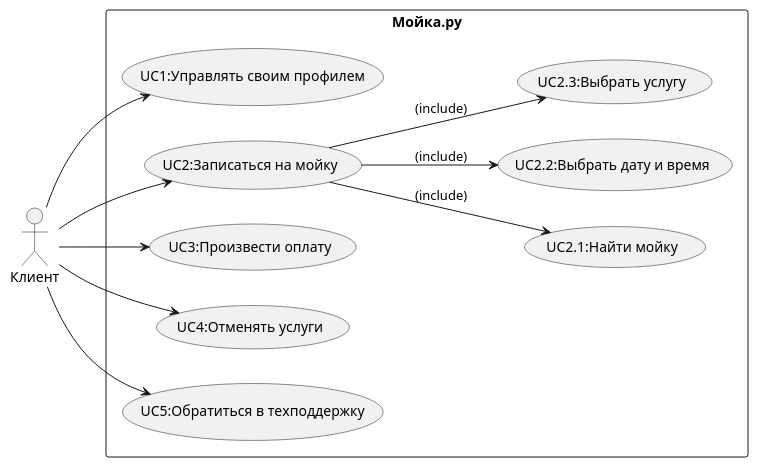
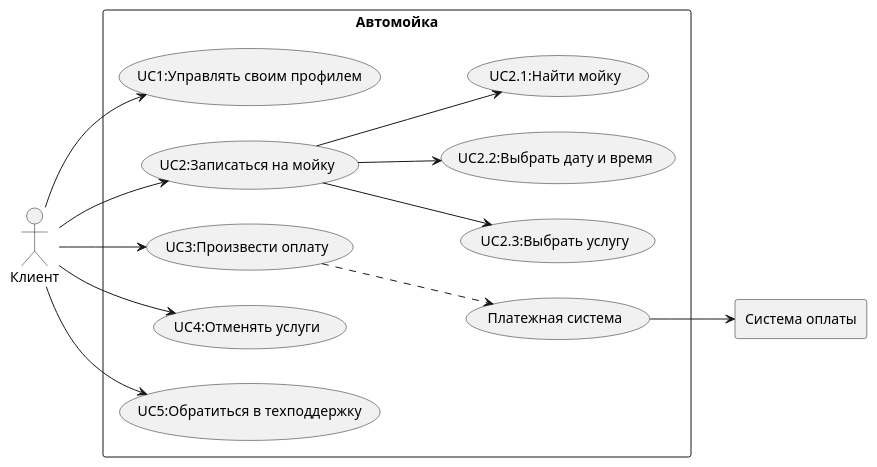
The diagram in UserCase.md (MaximOdichal/IIS2), drawn with PlantUML before and after one commit.

````diff
--- a/UserCase.md
+++ b/UserCase.md
@@ -31,28 +31,29 @@
 ```plantuml
 
 @startuml
-left to right direction
-actor "Клиент" as client
-
-rectangle  Мойка.ру  {
-  usecase "UC1:Управлять своим профилем" as UC1
-  usecase "UC2:Записаться на мойку" as UC2
-  usecase "UC2.1:Найти мойку" as UC2.1
-  usecase "UC2.2:Выбрать дату и время" as UC2.2
-  usecase "UC2.3:Выбрать услугу" as UC2.3
-  usecase "UC3:Произвести оплату" as UC3
-  usecase "UC4:Отменять услуги" as UC4
-  usecase "UC5:Обратиться в техподдержку" as UC5
-  
-}
-client --> UC1
-client --> UC2
-UC2 --> UC2.1:(include)
-UC2 --> UC2.2:(include)
-UC2 --> UC2.3:(include)
-client --> UC3
-client --> UC4
-client --> UC5
-
-@enduml
+    left to right direction
+    actor "Клиент" as client
+    rectangle "Система оплаты" as r1
+    rectangle "Автомойка" {
+        usecase "UC1:Управлять своим профилем" as UC1
+        usecase "UC2:Записаться на мойку" as UC2
+        usecase "UC2.3:Выбрать услугу" as UC2.3
+        usecase "UC2.2:Выбрать дату и время" as UC2.2
+        usecase "UC2.1:Найти мойку" as UC2.1
+        usecase "UC3:Произвести оплату" as UC3
+        usecase "UC4:Отменять услуги" as UC4
+        usecase "UC5:Обратиться в техподдержку" as UC5
+        usecase "Платежная система" as US1
+    }
+      
+    client --> UC1
+    client --> UC2
+    UC2 --> UC2.1
+    UC2 --> UC2.2
+    UC2 --> UC2.3
+    client --> UC3
+    client --> UC4
+    client --> UC5
+    UC3 ..> US1
+    US1 --> r1
 ```
````
